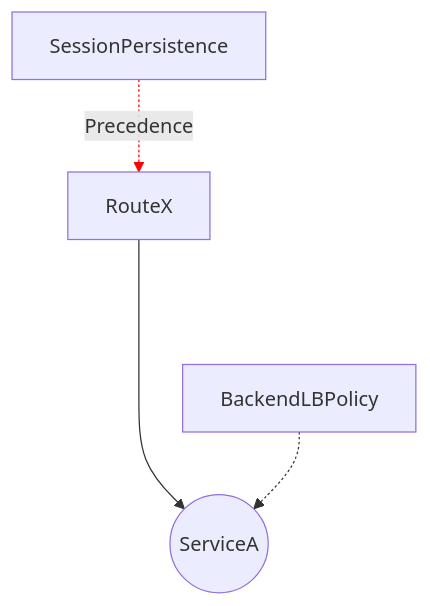
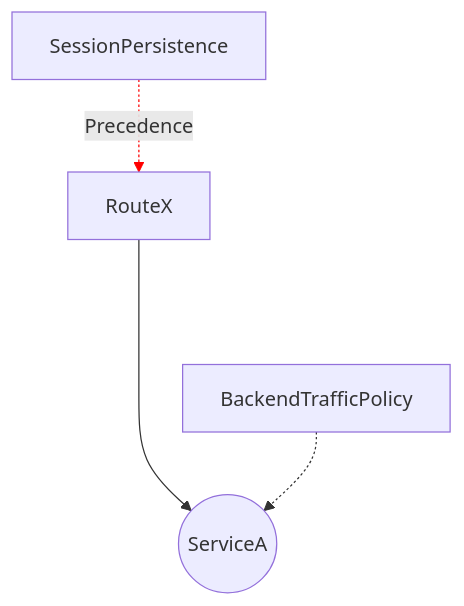
Before and after one commit to kubernetes-sigs/gateway-api: the fifth of 5 diagrams in geps/gep-1619/index.md, drawn with Mermaid. The commit also changed other lines of this file and 1 other file, not shown here.

````diff
--- a/geps/gep-1619/index.md
+++ b/geps/gep-1619/index.md
@@ -849,7 +813,7 @@
 ```mermaid
 graph TB
    RouteX ----> ServiceA((ServiceA))
-   BackendLBPolicyServiceA[BackendLBPolicy] -.-> ServiceA
-   BackendLBPolicyRouteA[SessionPersistence] -.Precedence.-> RouteX
+   BackendTrafficPolicyServiceA[BackendTrafficPolicy] -.-> ServiceA
+   BackendTrafficPolicyRouteA[SessionPersistence] -.Precedence.-> RouteX
    linkStyle 2 stroke:red;
 ```
````
